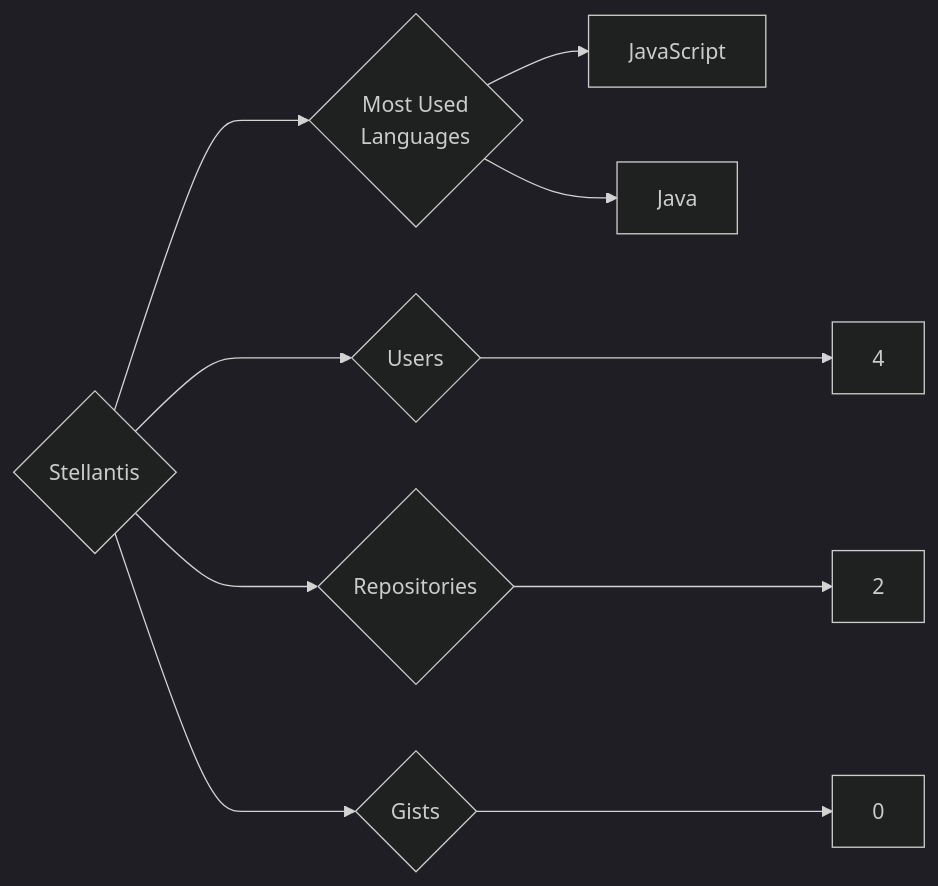
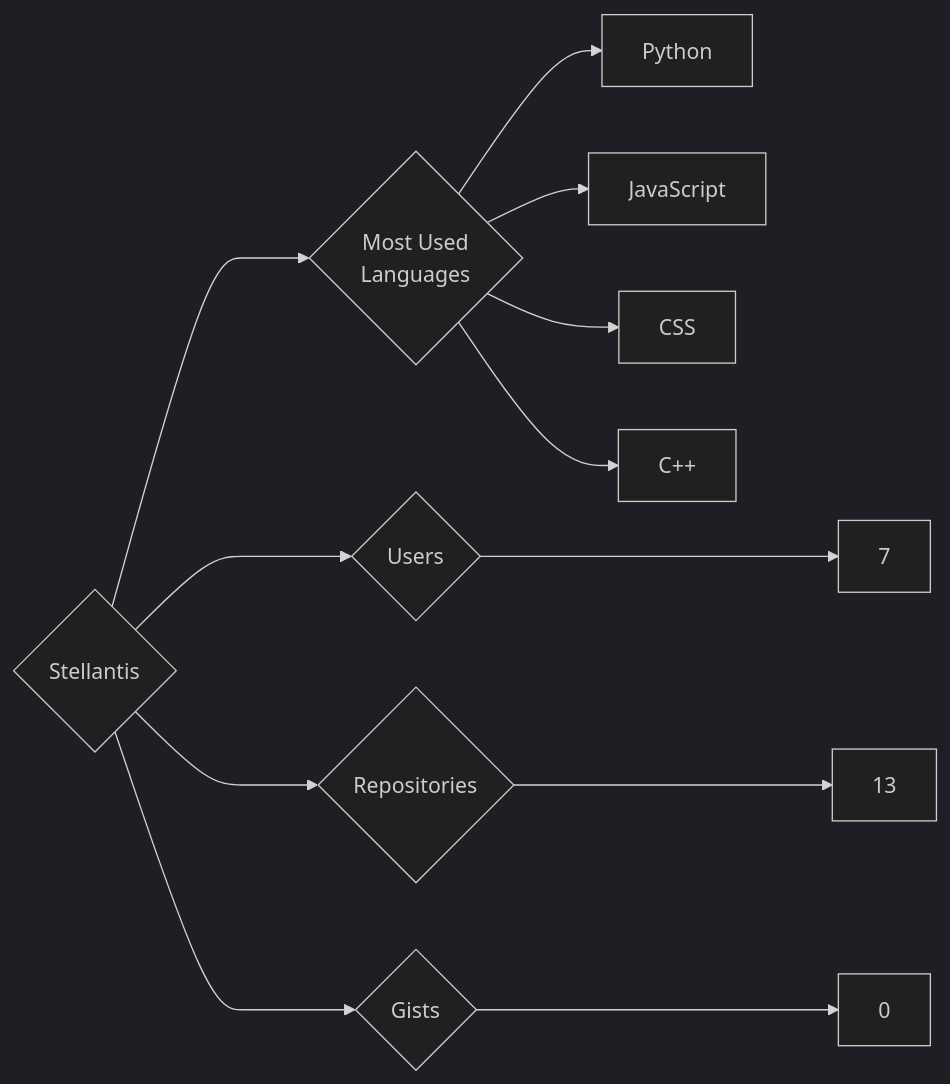
Before and after one commit to trickest/insiders: the diagram in targets/Stellantis/README.md, drawn with Mermaid (dark theme). The commit also changed 874 other files, not shown here.

````diff
--- a/targets/Stellantis/README.md
+++ b/targets/Stellantis/README.md
@@ -3,10 +3,12 @@
 ```mermaid
 graph LR
 COMPANY_NAME{Stellantis}
-COMPANY_NAME ---> U{Users} ---> UN[4]
-COMPANY_NAME ---> R{Repositories} ---> RN[2]
+COMPANY_NAME ---> U{Users} ---> UN[7]
+COMPANY_NAME ---> R{Repositories} ---> RN[13]
 COMPANY_NAME ---> G{Gists} ---> GN[0]
 COMPANY_NAME ---> ML{Most Used<br>Languages}
+ML --> Python[Python]
 ML --> JavaScript[JavaScript]
-ML --> Java[Java]
+ML --> CSS[CSS]
+ML --> C++[C++]
 ```
````
